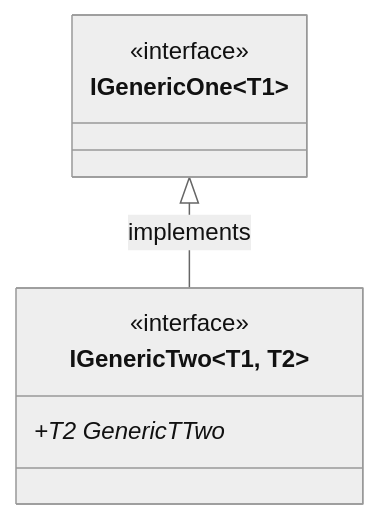
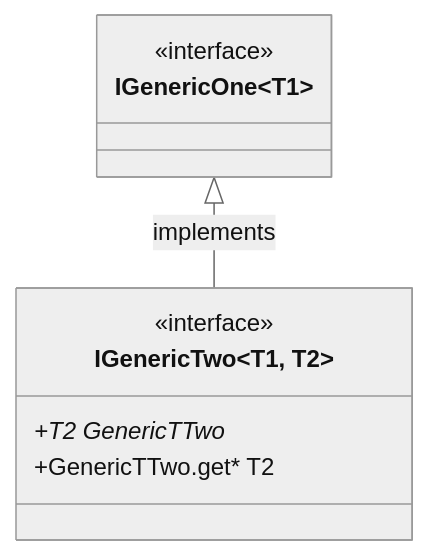
The fifth of 7 diagrams in test/SampleProject/CODE_METRICS.md (erichiller/gh-action-cs-metrics), drawn with Mermaid (neutral theme) before and after one commit. The commit also changed other lines of this file, not shown here.

````diff
--- a/test/SampleProject/CODE_METRICS.md
+++ b/test/SampleProject/CODE_METRICS.md
@@ -281,15 +325,16 @@
 ```mermaid
 %%{init: {
     'fontFamily': 'monospace'
 } }%%
 classDiagram
 SomeRoot_SampleProject_IGenericOne_T1_ <|-- SomeRoot_SampleProject_IGenericTwo_T1__T2_ : implements
 class SomeRoot_SampleProject_IGenericOne_T1_ ["IGenericOne&lt;T1&gt;"] {
     <<interface>>
 }
 class SomeRoot_SampleProject_IGenericTwo_T1__T2_ ["IGenericTwo&lt;T1, T2&gt;"] {
     <<interface>>
     +T2 GenericTTwo*
+    +GenericTTwo.get* T2
 }
 
 ```
````
